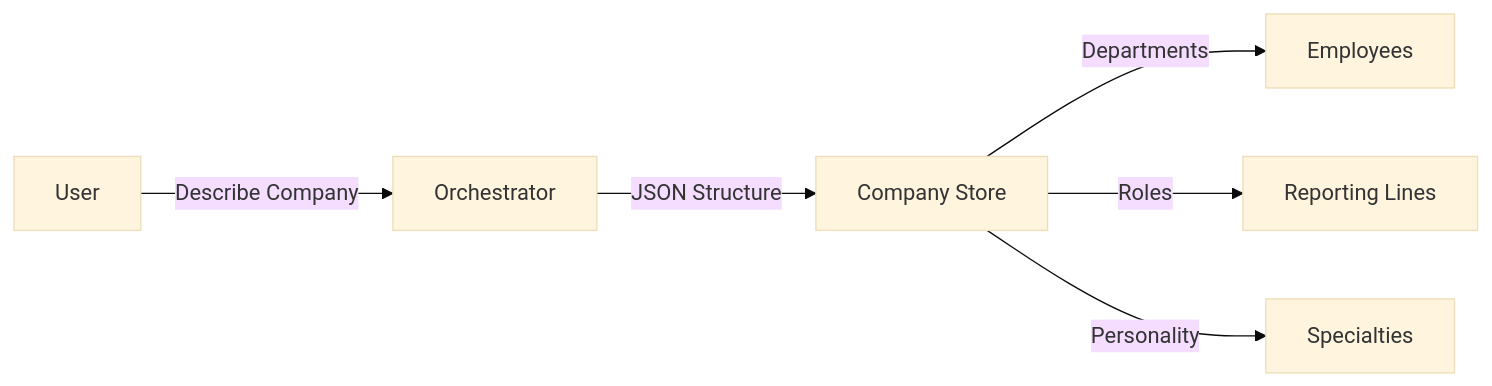
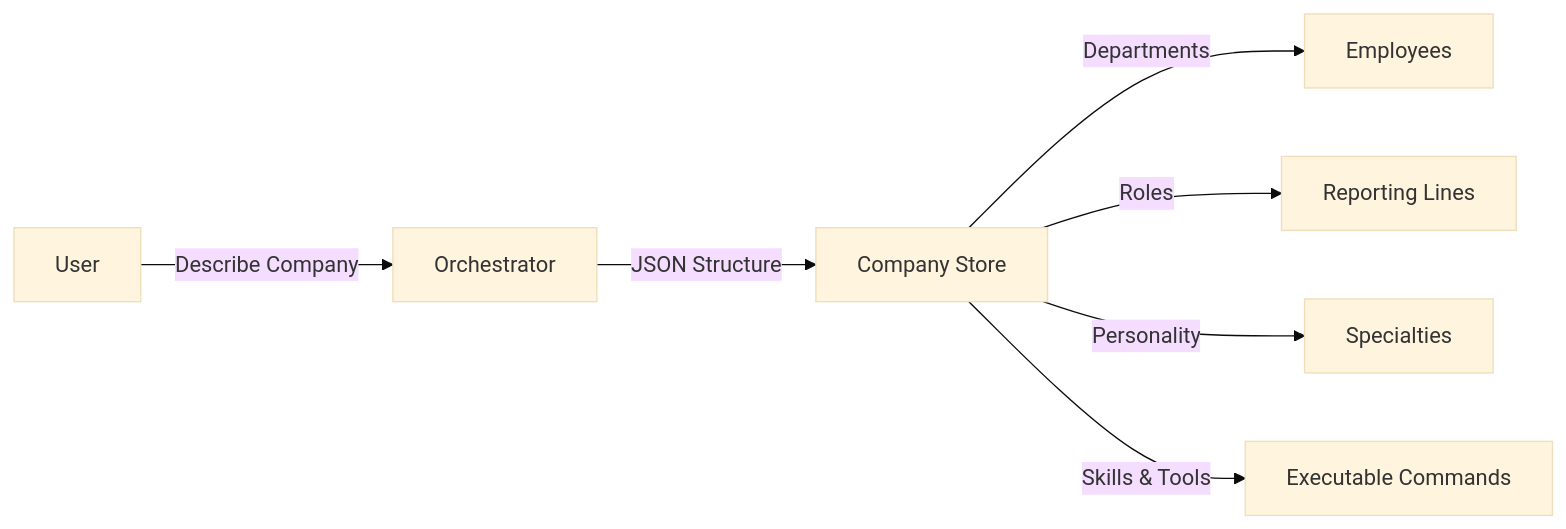
One commit to juggperc/Chairpeople changed the first of 2 diagrams in README.md. Above: the diagram before and after it, drawn with Mermaid (base theme). The commit also changed other lines of this file and 6 other files, not shown here.

First line of the commit message:
Add sandbox executor and executable skills system

````diff
--- a/README.md
+++ b/README.md
@@ -77,8 +79,9 @@
 ```mermaid
 graph LR
     A[User] -->|Describe Company| B[Orchestrator]
     B -->|JSON Structure| C[Company Store]
     C -->|Departments| D[Employees]
     C -->|Roles| E[Reporting Lines]
     C -->|Personality| F[Specialties]
+    C -->|Skills & Tools| G[Executable Commands]
 ```
````
